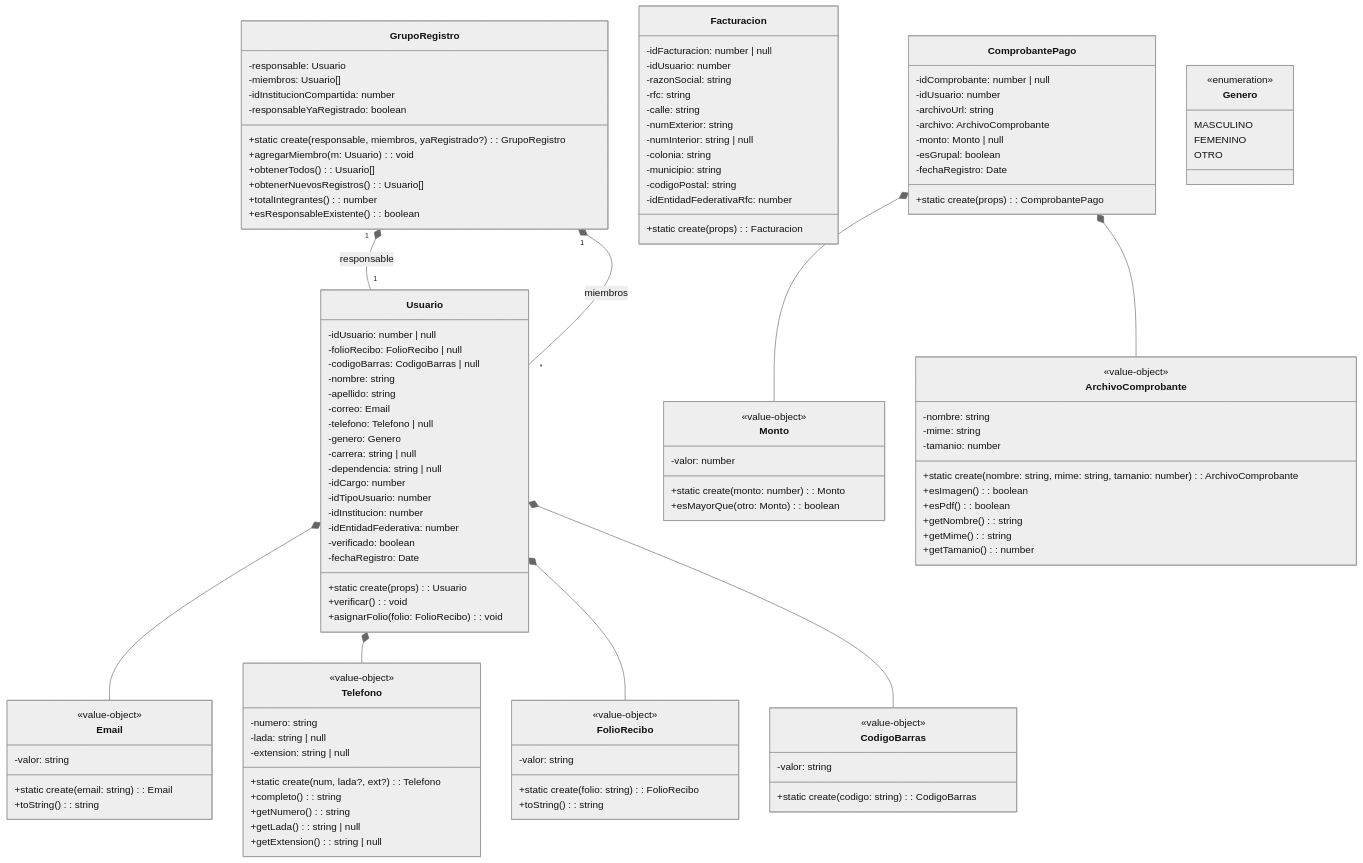
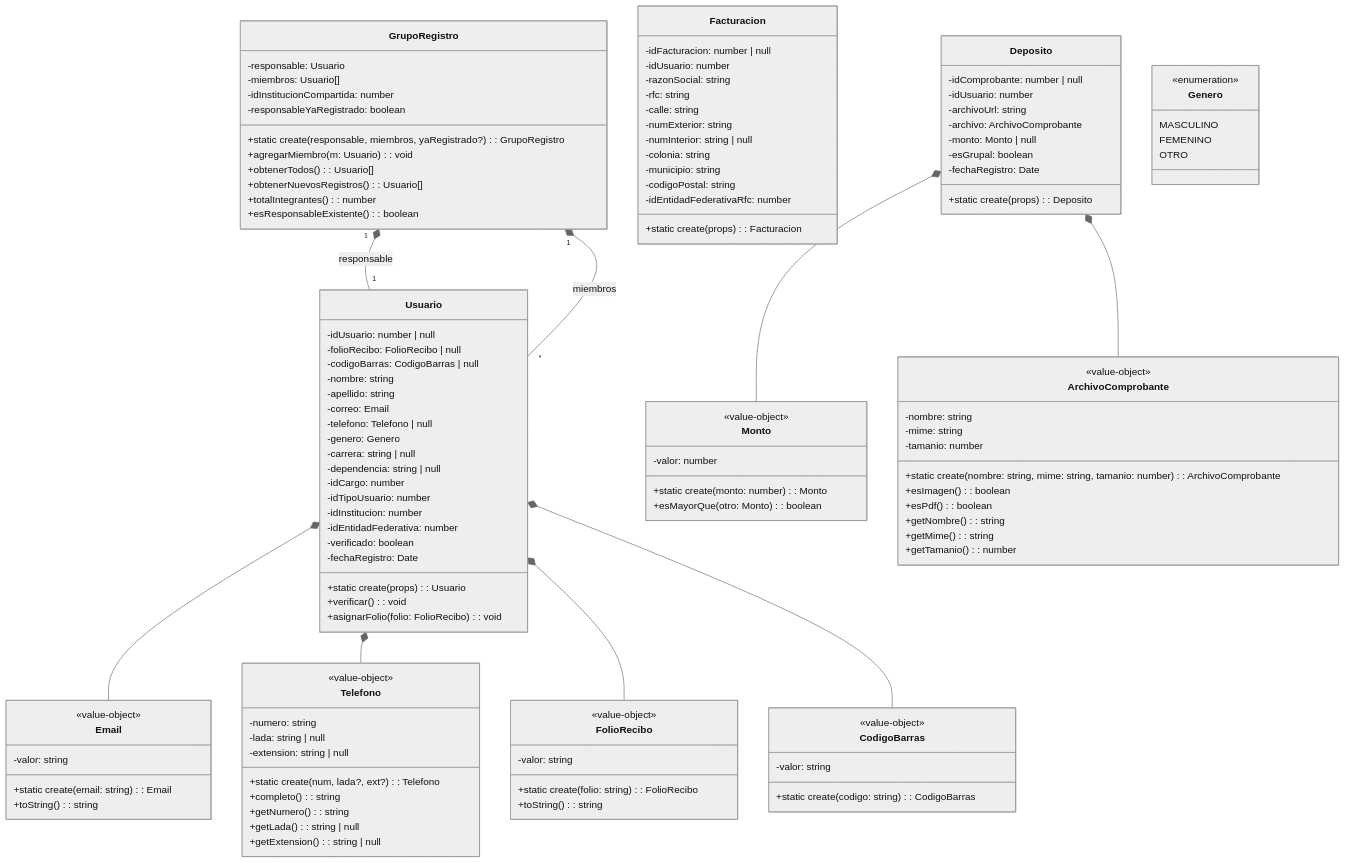
The second of 14 diagrams in docs/DESIGN.md (iKinoo/aniei-registro-2026), drawn with Mermaid (neutral theme) before and after one commit. The commit also changed other lines of this file, not shown here.

````diff
--- a/docs/DESIGN.md
+++ b/docs/DESIGN.md
@@ -333,7 +333,7 @@
         +asignarFolio(folio: FolioRecibo): void
     }
 
-    class ComprobantePago {
+    class Deposito {
         -idComprobante: number | null
         -idUsuario: number
         -archivoUrl: string
@@ -341,7 +341,7 @@
         -monto: Monto | null
         -esGrupal: boolean
         -fechaRegistro: Date
-        +static create(props): ComprobantePago
+        +static create(props): Deposito
     }
 
     class Facturacion {
@@ -435,8 +435,8 @@
     Usuario *-- Telefono
     Usuario *-- FolioRecibo
     Usuario *-- CodigoBarras
-    ComprobantePago *-- Monto
-    ComprobantePago *-- ArchivoComprobante
+    Deposito *-- Monto
+    Deposito *-- ArchivoComprobante
     GrupoRegistro "1" *-- "1" Usuario : responsable
     GrupoRegistro "1" *-- "*" Usuario : miembros
 ```
````
